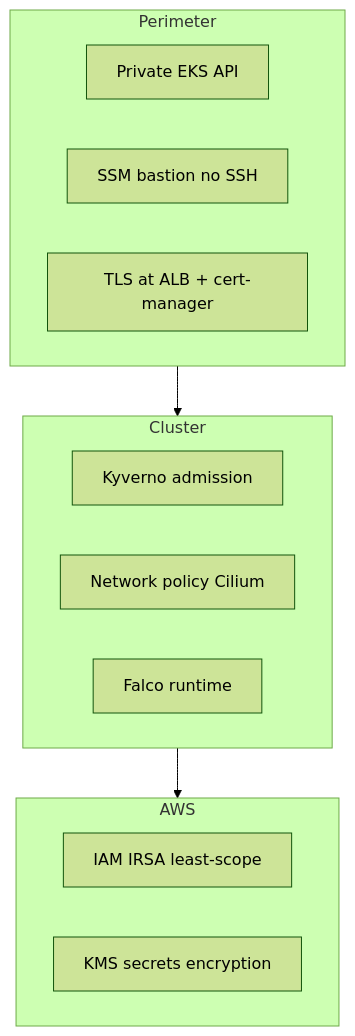
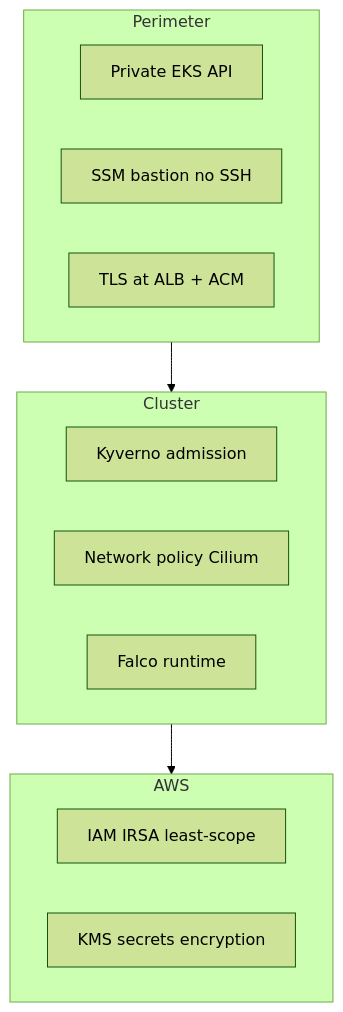
Before and after one commit to yamansener199/gradyent-eks: the diagram in docs/security.md, drawn with Mermaid (forest theme). The commit also changed 35 other files, not shown here.

````diff
--- a/docs/security.md
+++ b/docs/security.md
@@ -9,22 +9,22 @@
 ```mermaid
 flowchart TB
   subgraph Perimeter
     PrivateAPI[Private EKS API]
     SSM[SSM bastion no SSH]
-    ALB[TLS at ALB + cert-manager]
+    ALB[TLS at ALB + ACM]
   end
 
   subgraph Cluster
     Kyverno[Kyverno admission]
     NP[Network policy Cilium]
     Falco[Falco runtime]
   end
 
   subgraph AWS
     IRSA[IAM IRSA least-scope]
     KMS[KMS secrets encryption]
   end
 
   Perimeter --> Cluster
   Cluster --> AWS
 ```
````
